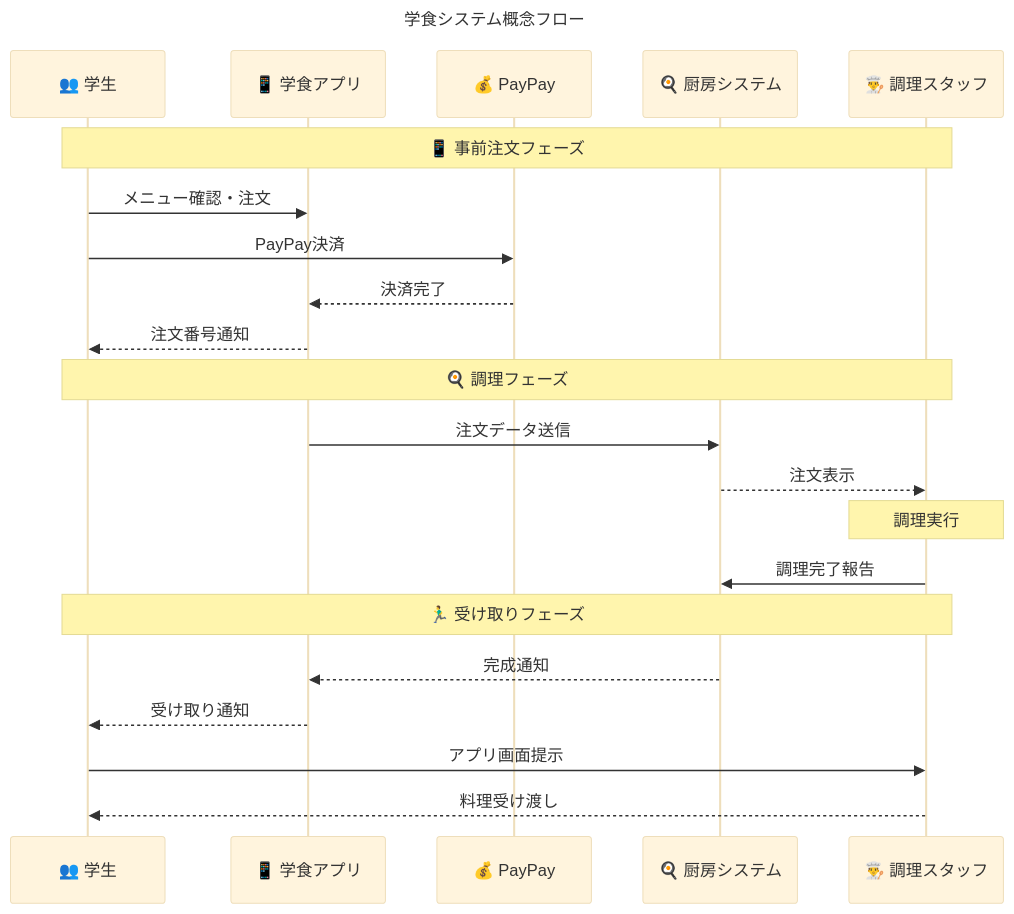
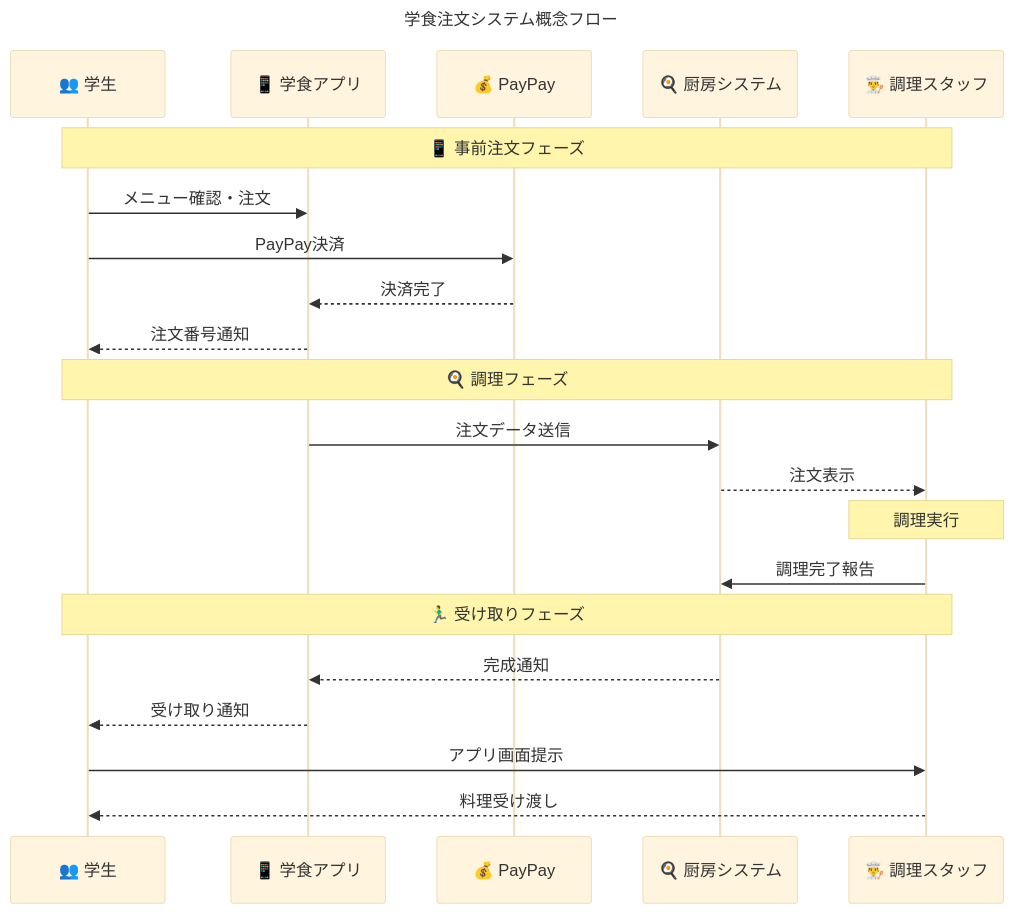
Before and after one commit to tarou-imokenpi/GAKUSHOKU-PASS: the diagram in docs/システム化計画.md, drawn with Mermaid (base theme).

````diff
--- a/docs/システム化計画.md
+++ b/docs/システム化計画.md
@@ -35,32 +35,32 @@
 ```mermaid
 ---
-title: 学食システム概念フロー
+title: 学食注文システム概念フロー
 ---
 sequenceDiagram
     participant Student as 👥 学生
     participant App as 📱 学食アプリ
     participant PayPay as 💰 PayPay
     participant Kitchen as 🍳 厨房システム
     participant Staff as 👨‍🍳 調理スタッフ
 
     %% 注文フェーズ
     Note over Student, Staff: 📱 事前注文フェーズ
     Student->>App: メニュー確認・注文
     Student->>PayPay: PayPay決済
     PayPay-->>App: 決済完了
     App-->>Student: 注文番号通知
 
     %% 調理フェーズ
     Note over Student, Staff: 🍳 調理フェーズ
     App->>Kitchen: 注文データ送信
     Kitchen-->>Staff: 注文表示
     Note over Staff: 調理実行
     Staff->>Kitchen: 調理完了報告
 
     %% 受け取りフェーズ
     Note over Student, Staff: 🏃‍♂️ 受け取りフェーズ
     Kitchen-->>App: 完成通知
     App-->>Student: 受け取り通知
     Student->>Staff: アプリ画面提示
     Staff-->>Student: 料理受け渡し
 ```
````
